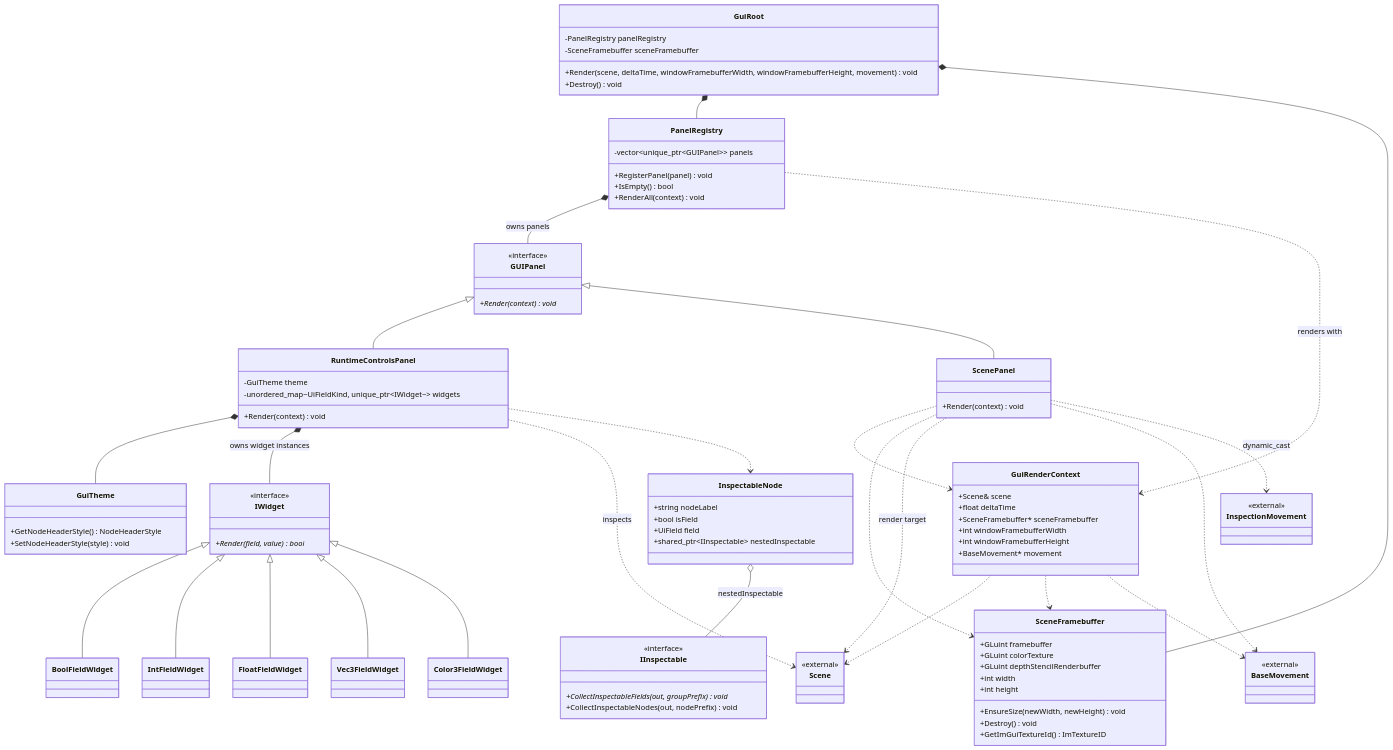
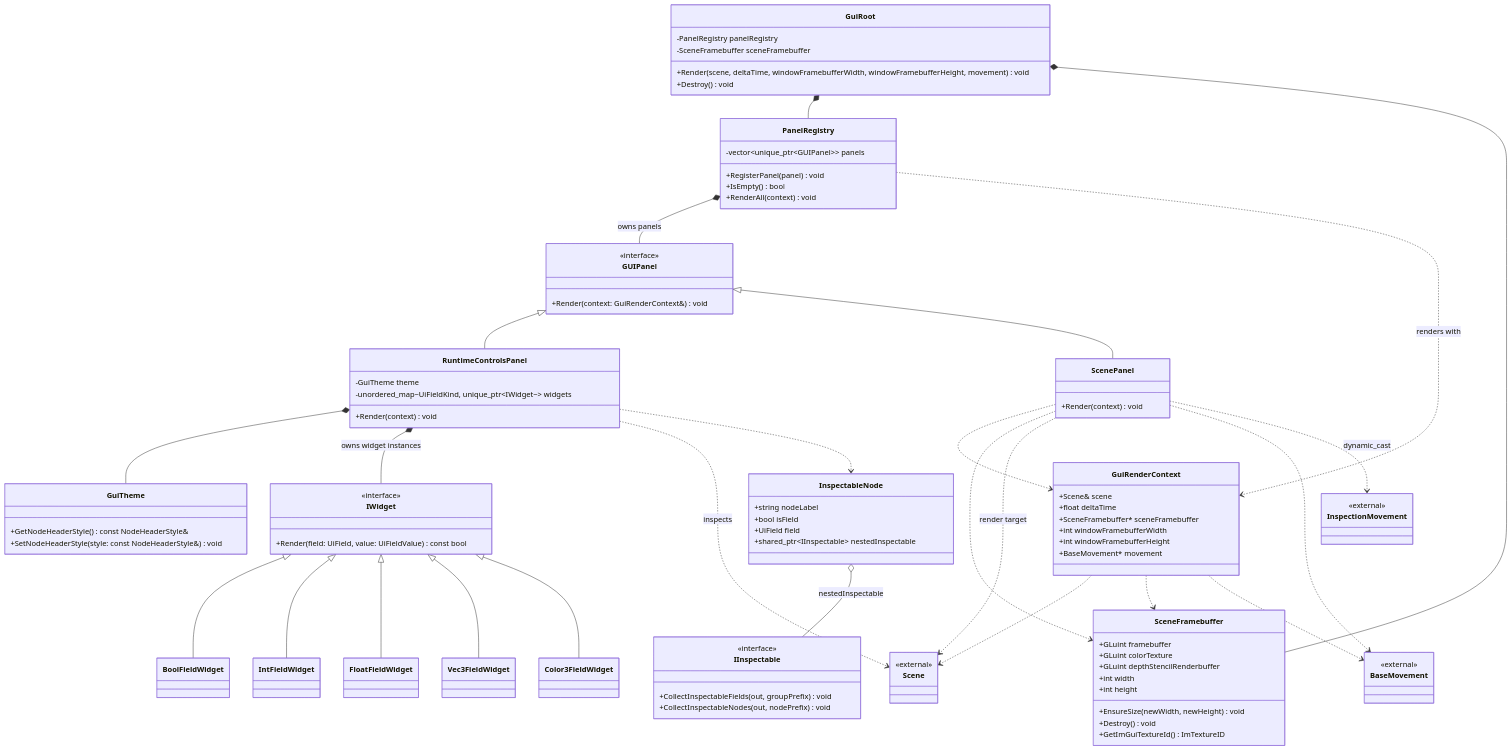
One commit to Borobalaz/DTI-MRI-Imaging changed the diagram in docs/gui-layer-class-diagram.mmd. Above: the diagram before and after it, drawn with Mermaid. The commit also changed 12 other files, not shown here.

```diff
--- a/docs/gui-layer-class-diagram.mmd
+++ b/docs/gui-layer-class-diagram.mmd
@@ -1,122 +1,122 @@
 classDiagram
   class GuiRoot {
     -PanelRegistry panelRegistry
     -SceneFramebuffer sceneFramebuffer
     +Render(scene, deltaTime, windowFramebufferWidth, windowFramebufferHeight, movement) void
     +Destroy() void
   }
 
   class PanelRegistry {
     -vector~unique_ptr~GUIPanel~~ panels
     +RegisterPanel(panel) void
     +IsEmpty() bool
     +RenderAll(context) void
   }
 
   class GUIPanel {
     <<interface>>
-    +Render(context) void*
+    +Render(context: GuiRenderContext&) void
   }
 
   class RuntimeControlsPanel {
     -GuiTheme theme
     -unordered_map~UiFieldKind, unique_ptr~IWidget~~ widgets
     +Render(context) void
   }
 
   class ScenePanel {
     +Render(context) void
   }
 
   class GuiRenderContext {
     +Scene& scene
     +float deltaTime
     +SceneFramebuffer* sceneFramebuffer
     +int windowFramebufferWidth
     +int windowFramebufferHeight
     +BaseMovement* movement
   }
 
   class SceneFramebuffer {
     +GLuint framebuffer
     +GLuint colorTexture
     +GLuint depthStencilRenderbuffer
     +int width
     +int height
     +EnsureSize(newWidth, newHeight) void
     +Destroy() void
     +GetImGuiTextureId() ImTextureID
   }
 
   class IInspectable {
     <<interface>>
-    +CollectInspectableFields(out, groupPrefix) void*
+    +CollectInspectableFields(out, groupPrefix) void
     +CollectInspectableNodes(out, nodePrefix) void
   }
 
   class InspectableNode {
     +string nodeLabel
     +bool isField
     +UiField field
     +shared_ptr~IInspectable~ nestedInspectable
   }
 
   class IWidget {
     <<interface>>
-    +Render(field, value) bool*
+    +Render(field: UiField, value: UiFieldValue) const bool
   }
 
   class BoolFieldWidget
   class IntFieldWidget
   class FloatFieldWidget
   class Vec3FieldWidget
   class Color3FieldWidget
 
   class GuiTheme {
-    +GetNodeHeaderStyle() NodeHeaderStyle
-    +SetNodeHeaderStyle(style) void
+    +GetNodeHeaderStyle() const NodeHeaderStyle&
+    +SetNodeHeaderStyle(style: const NodeHeaderStyle&) void
   }
 
   class Scene {
     <<external>>
   }
 
   class BaseMovement {
     <<external>>
   }
 
   class InspectionMovement {
     <<external>>
   }
 
   GUIPanel <|-- RuntimeControlsPanel
   GUIPanel <|-- ScenePanel
 
   GuiRoot *-- PanelRegistry
   GuiRoot *-- SceneFramebuffer
 
   PanelRegistry *-- GUIPanel : owns panels
   PanelRegistry ..> GuiRenderContext : renders with
 
   RuntimeControlsPanel *-- GuiTheme
   RuntimeControlsPanel *-- IWidget : owns widget instances
   RuntimeControlsPanel ..> Scene : inspects
 
   ScenePanel ..> GuiRenderContext
   ScenePanel ..> SceneFramebuffer
   ScenePanel ..> Scene : render target
   ScenePanel ..> BaseMovement
   ScenePanel ..> InspectionMovement : dynamic_cast
 
   InspectableNode o-- IInspectable : nestedInspectable
   RuntimeControlsPanel ..> InspectableNode
 
   IWidget <|-- BoolFieldWidget
   IWidget <|-- IntFieldWidget
   IWidget <|-- FloatFieldWidget
   IWidget <|-- Vec3FieldWidget
   IWidget <|-- Color3FieldWidget
 
   GuiRenderContext ..> Scene
   GuiRenderContext ..> SceneFramebuffer
   GuiRenderContext ..> BaseMovement
```
